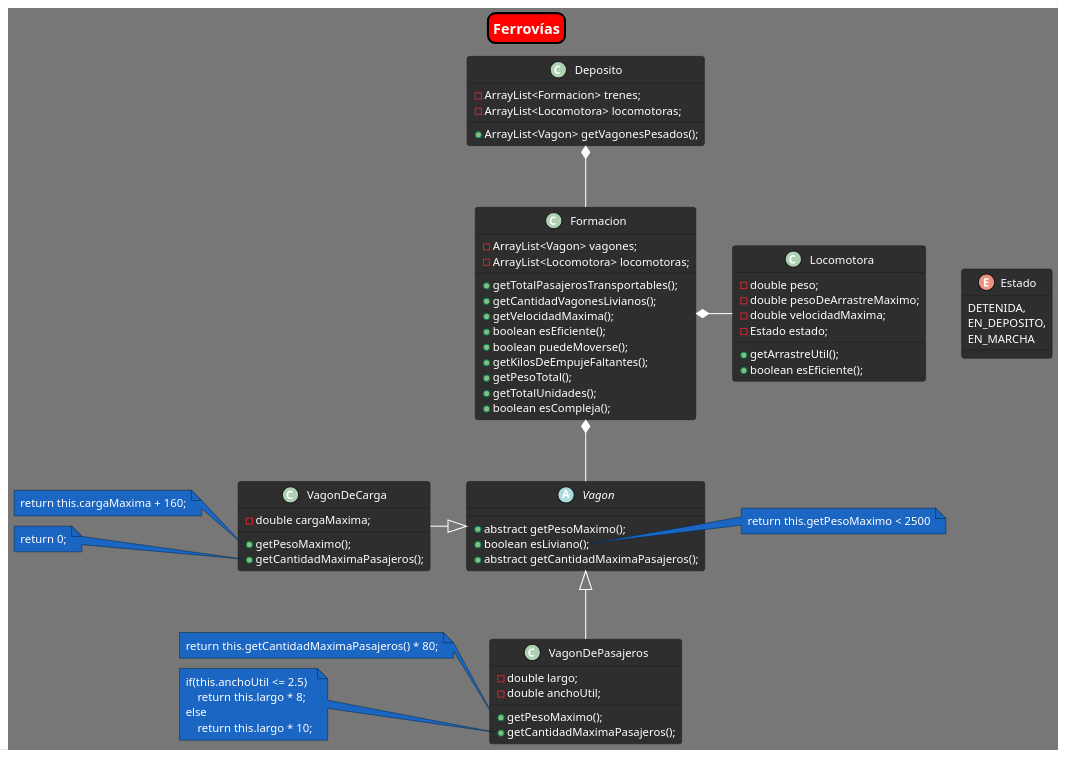
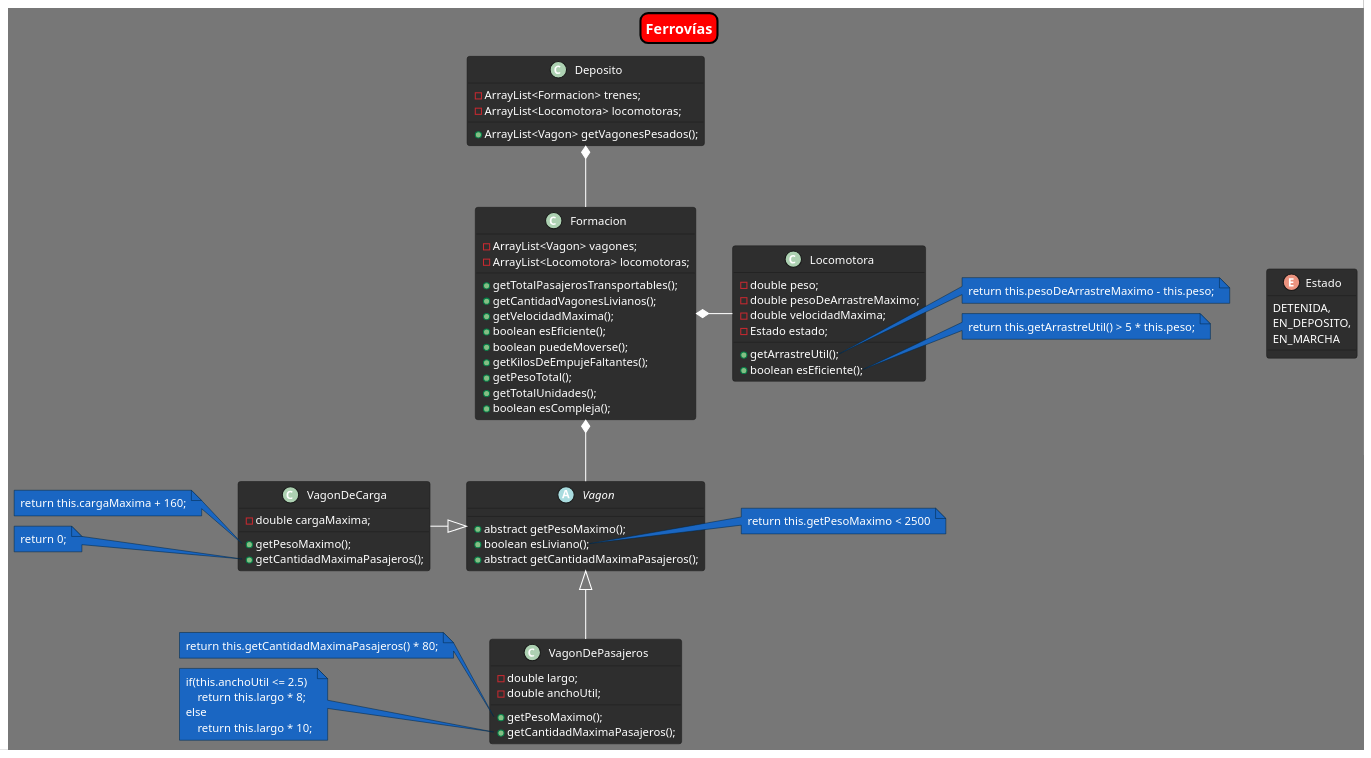
One commit to m-doce/ejercicios_utn changed the diagram in EjercicioTrenesYDepositos/src/diagrama.puml. Above: the diagram before and after it, drawn with PlantUML.

Commit message:
Se agregan notas con las funcionalidades de la clase Locomotora

```diff
--- a/EjercicioTrenesYDepositos/src/diagrama.puml
+++ b/EjercicioTrenesYDepositos/src/diagrama.puml
@@ -1,114 +1,123 @@
 @startuml
 title "Ferrovías"
 !theme reddress-darkblue
 scale 1.3
 'skinparam Linetype ortho
 skinparam titleBorderRoundCorner 15
 skinparam titleBorderThickness 2
 skinparam titleBorderColor #000000
 skinparam titleBackgroundColor #FF0000
 skinparam defaultFontColor #FFFFFF
 skinparam titleFontColor #FFFFFF
 
 
 class Formacion {
     -ArrayList<Vagon> vagones;
     -ArrayList<Locomotora> locomotoras;
 
     +getTotalPasajerosTransportables();
     +getCantidadVagonesLivianos();
     +getVelocidadMaxima();
     +boolean esEficiente();
     +boolean puedeMoverse();
     +getKilosDeEmpujeFaltantes();
     +getPesoTotal();
     +getTotalUnidades();
     +boolean esCompleja();
 }
 
 class Locomotora {
     -double peso;
     -double pesoDeArrastreMaximo;
     -double velocidadMaxima;
     -Estado estado;
 
     +getArrastreUtil();
     +boolean esEficiente();
 }
 
 enum Estado {
     DETENIDA,
     EN_DEPOSITO,
     EN_MARCHA
 }
 
 abstract class Vagon {
     +abstract getPesoMaximo();
     +boolean esLiviano();
     +abstract getCantidadMaximaPasajeros();
 }
 
 class VagonDeCarga {
     -double cargaMaxima;
 
     +getPesoMaximo();
     +getCantidadMaximaPasajeros();
 }
 
 class VagonDePasajeros {
     -double largo;
     -double anchoUtil;
 
     +getPesoMaximo();
     +getCantidadMaximaPasajeros();
 }
 
 class Deposito {
     -ArrayList<Formacion> trenes;
     -ArrayList<Locomotora> locomotoras;
 
     +ArrayList<Vagon> getVagonesPesados();
 }
 
 
 
 '<<<<<<<<<<<<<< Relaciones <<<<<<<<<<<<<<
 Deposito *-- Formacion
 
 Formacion *-- Vagon
 Formacion *-r- Locomotora
 
 Vagon <|-l- VagonDeCarga
 Vagon <|-- VagonDePasajeros
 
 Locomotora -[hidden]r- Estado
 
 
 
 '<<<<<<<<<<<<<< Notas <<<<<<<<<<<<<<
 
 '<<<<<<<<<<<<<< Vagones <<<<<<<<<<<<<<
 note right of Vagon::esLiviano
 return this.getPesoMaximo < 2500
 endnote
 
 note left of VagonDePasajeros::getPesoMaximo
 return this.getCantidadMaximaPasajeros() * 80;
 endnote
 
 note left of VagonDePasajeros::getCantidadMaximaPasajeros
 if(this.anchoUtil <= 2.5)
     return this.largo * 8;
 else
     return this.largo * 10;
 endnote
 
 note left of VagonDeCarga::getPesoMaximo
 return this.cargaMaxima + 160;
 endnote
 
 note left of VagonDeCarga::getCantidadMaximaPasajeros
 return 0;
 endnote
 
+'<<<<<<<<<<<<<< Locomotora <<<<<<<<<<<<<<
+note right of Locomotora::getArrastreUtil
+return this.pesoDeArrastreMaximo - this.peso;
+endnote
+
+note right of Locomotora::esEficiente
+return this.getArrastreUtil() > 5 * this.peso;
+endnote
+
 @enduml
```
